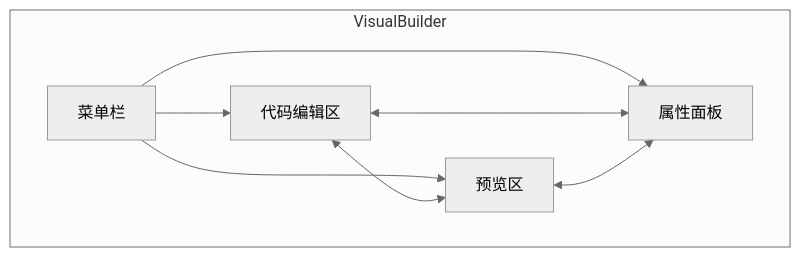
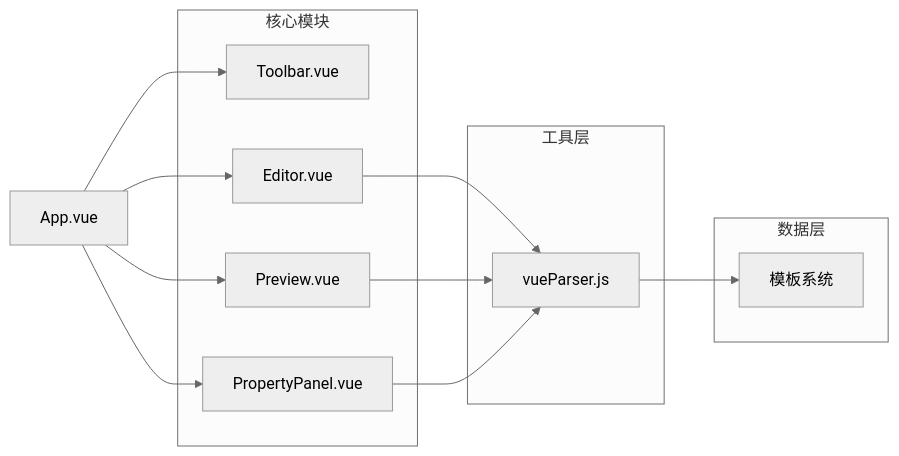
Before and after one commit to richardyang92/VisualBuilder: the first of 2 diagrams in README.md, drawn with Mermaid (neutral theme). The commit also changed other lines of this file and 10 other files, not shown here.

Commit message:
Update README.md and improve VisualBuilder components

````diff
--- a/README.md
+++ b/README.md
@@ -241,11 +142,28 @@
 ```mermaid
-flowchart TB
-    subgraph VisualBuilder
-        A[菜单栏] --> B[代码编辑区]
-        A --> C[预览区] 
-        A --> D[属性面板]
-        B <--> C
-        B <--> D
-        C <--> D
+flowchart LR
+    A[App.vue] --> B[Toolbar.vue]
+    A --> C[Editor.vue]
+    A --> D[Preview.vue]
+    A --> E[PropertyPanel.vue]
+    
+    C --> F[vueParser.js]
+    D --> F
+    E --> F
+    
+    F --> G[模板系统]
+    
+    subgraph 核心模块
+        B
+        C
+        D
+        E
+    end
+    
+    subgraph 工具层
+        F
+    end
+    
+    subgraph 数据层
+        G
     end
 ```
````
